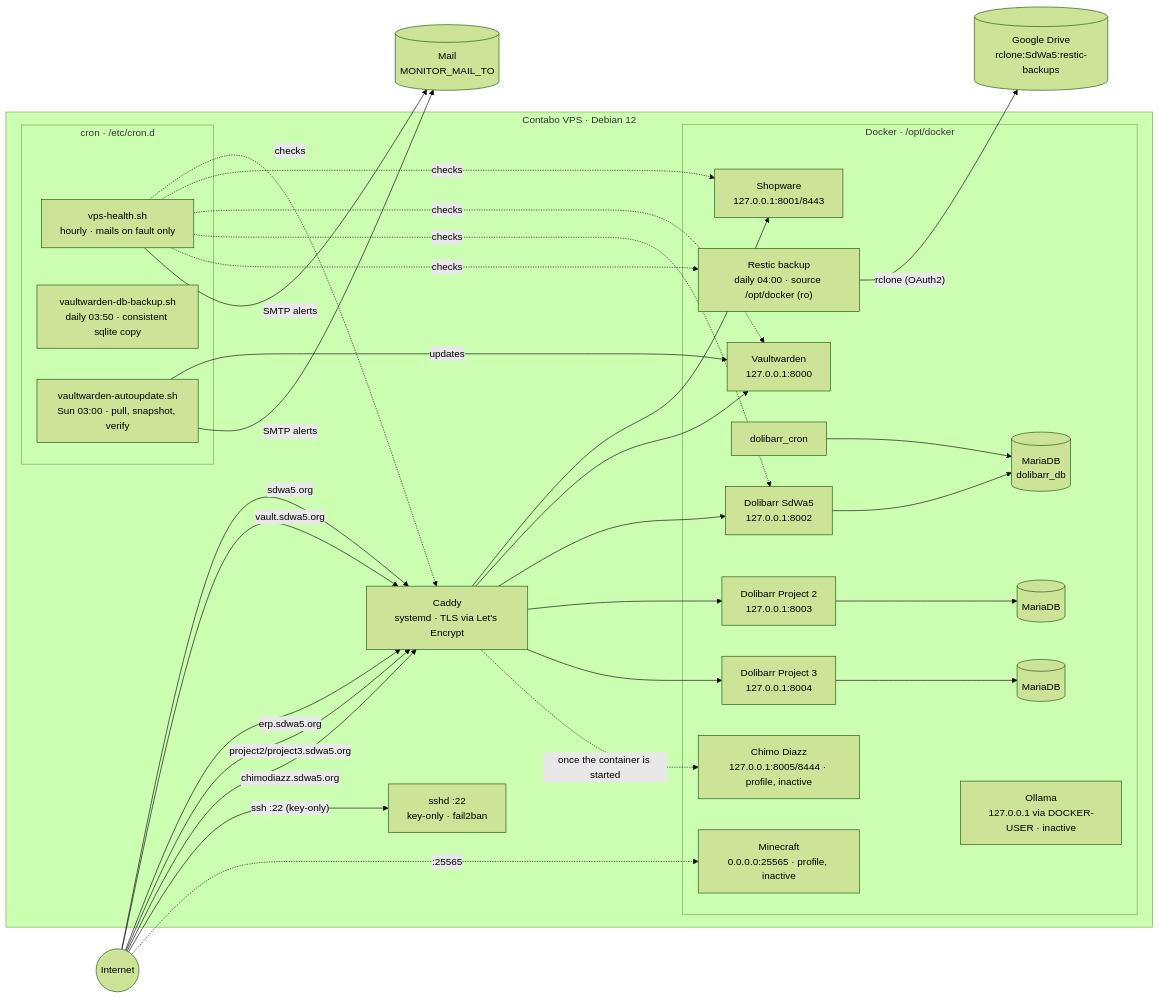
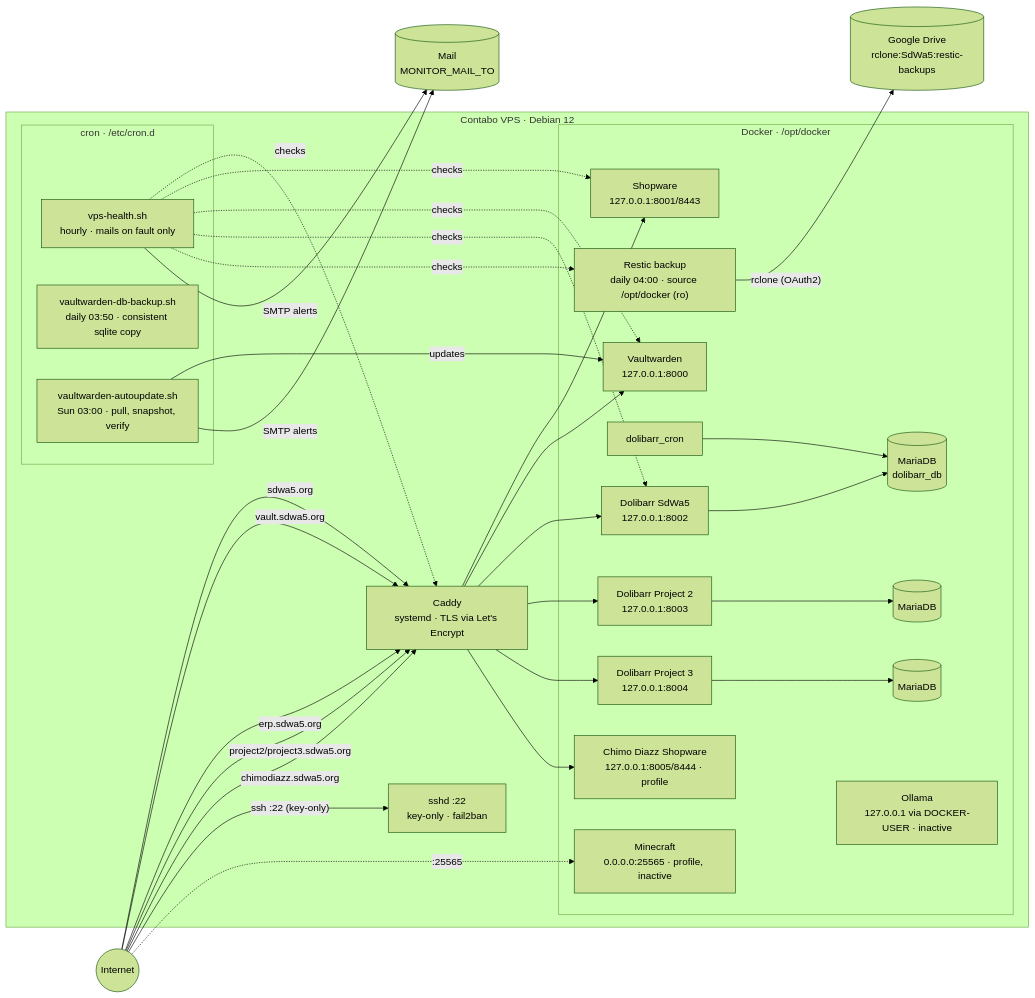
Before and after one commit to SdWa5/vps: the diagram in docs/infrastructure.md, drawn with Mermaid (forest theme). The commit also changed other lines of this file and 9 other files, not shown here.

````diff
--- a/docs/infrastructure.md
+++ b/docs/infrastructure.md
@@ -7,52 +7,52 @@
 ```mermaid
 flowchart LR
     U((Internet))
 
     subgraph vps ["Contabo VPS · Debian 12"]
         C["Caddy<br/>systemd · TLS via Let's Encrypt"]
 
         subgraph docker ["Docker · /opt/docker"]
             SW["Shopware<br/>127.0.0.1:8001/8443"]
             VW["Vaultwarden<br/>127.0.0.1:8000"]
             DL["Dolibarr SdWa5<br/>127.0.0.1:8002"]
             DLC["dolibarr_cron"]
             DLDB[("MariaDB<br/>dolibarr_db")]
             P2["Dolibarr Project 2<br/>127.0.0.1:8003"]
             P2DB[("MariaDB")]
             P3["Dolibarr Project 3<br/>127.0.0.1:8004"]
-            CD["Chimo Diazz<br/>127.0.0.1:8005/8444 · profile, inactive"]
+            CDW["Chimo Diazz Shopware<br/>127.0.0.1:8005/8444 · profile"]
             P3DB[("MariaDB")]
             OL["Ollama<br/>127.0.0.1 via DOCKER-USER · inactive"]
             MC["Minecraft<br/>0.0.0.0:25565 · profile, inactive"]
             RS["Restic backup<br/>daily 04:00 · source /opt/docker (ro)"]
         end
 
         subgraph cron ["cron · /etc/cron.d"]
             HC["vps-health.sh<br/>hourly · mails on fault only"]
             DB["vaultwarden-db-backup.sh<br/>daily 03:50 · consistent sqlite copy"]
             AU["vaultwarden-autoupdate.sh<br/>Sun 03:00 · pull, snapshot, verify"]
         end
 
         SSHD["sshd :22<br/>key-only · fail2ban"]
     end
 
     GD[("Google Drive<br/>rclone:SdWa5:restic-backups")]
     U -- " sdwa5.org " --> C
     U -- " vault.sdwa5.org " --> C
     U -- " erp.sdwa5.org " --> C
     U -- " project2/project3.sdwa5.org " --> C
     U -- " chimodiazz.sdwa5.org " --> C
     U -- " ssh :22 (key-only) " --> SSHD
     U -. " :25565 " .-> MC
     C --> SW & VW & DL
     C --> P2 & P3
-    C -. " once the container is started " .-> CD
+    C --> CDW
     DL --> DLDB
     DLC --> DLDB
     P2 --> P2DB
     P3 --> P3DB
     RS -- " rclone (OAuth2) " --> GD
     HC -. " checks " .-> C & SW & VW & DL & RS
     AU -- " updates " --> VW
     HC & AU -- " SMTP alerts " --> MB[("Mail<br/>MONITOR_MAIL_TO")]
 ```
````
